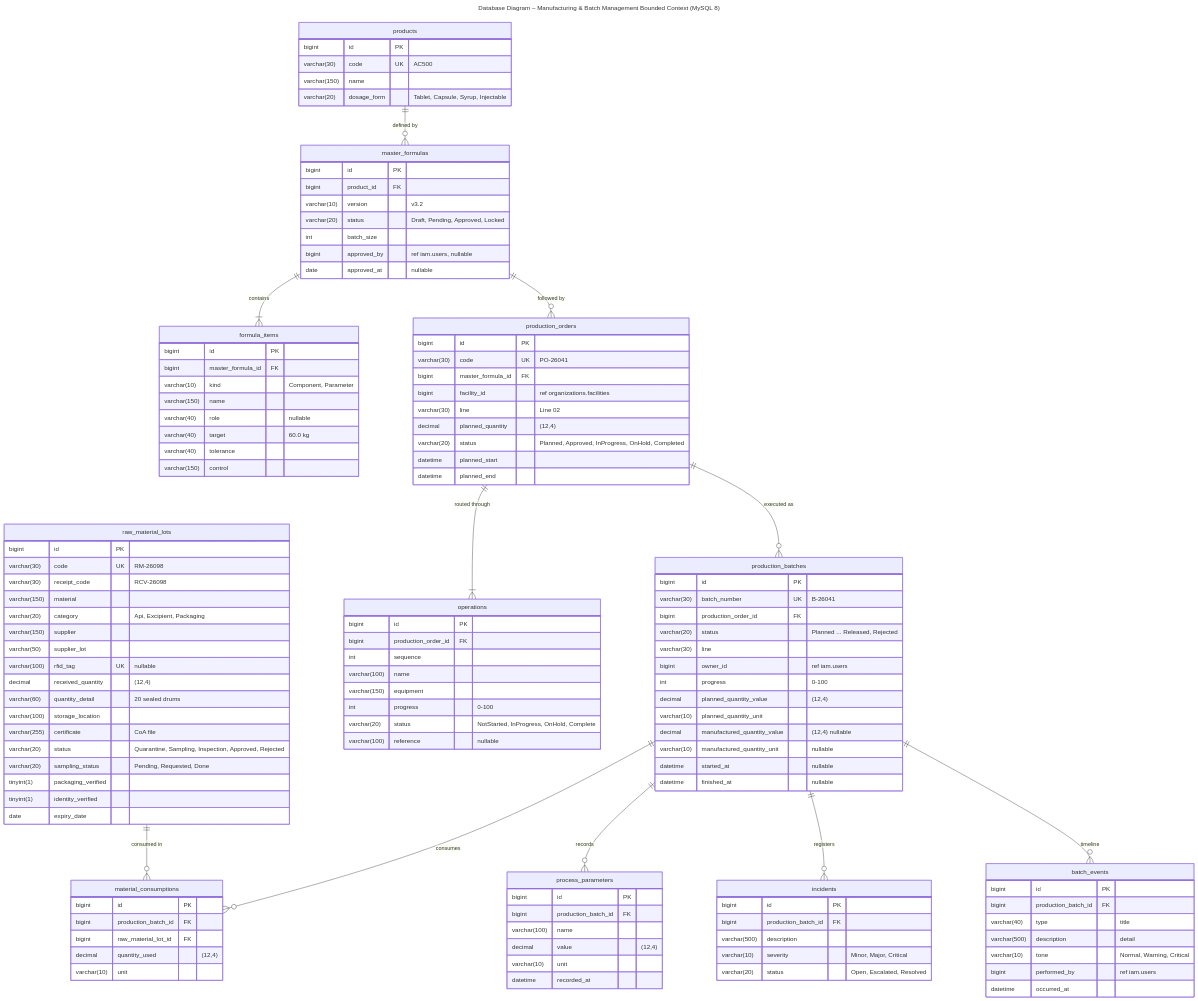
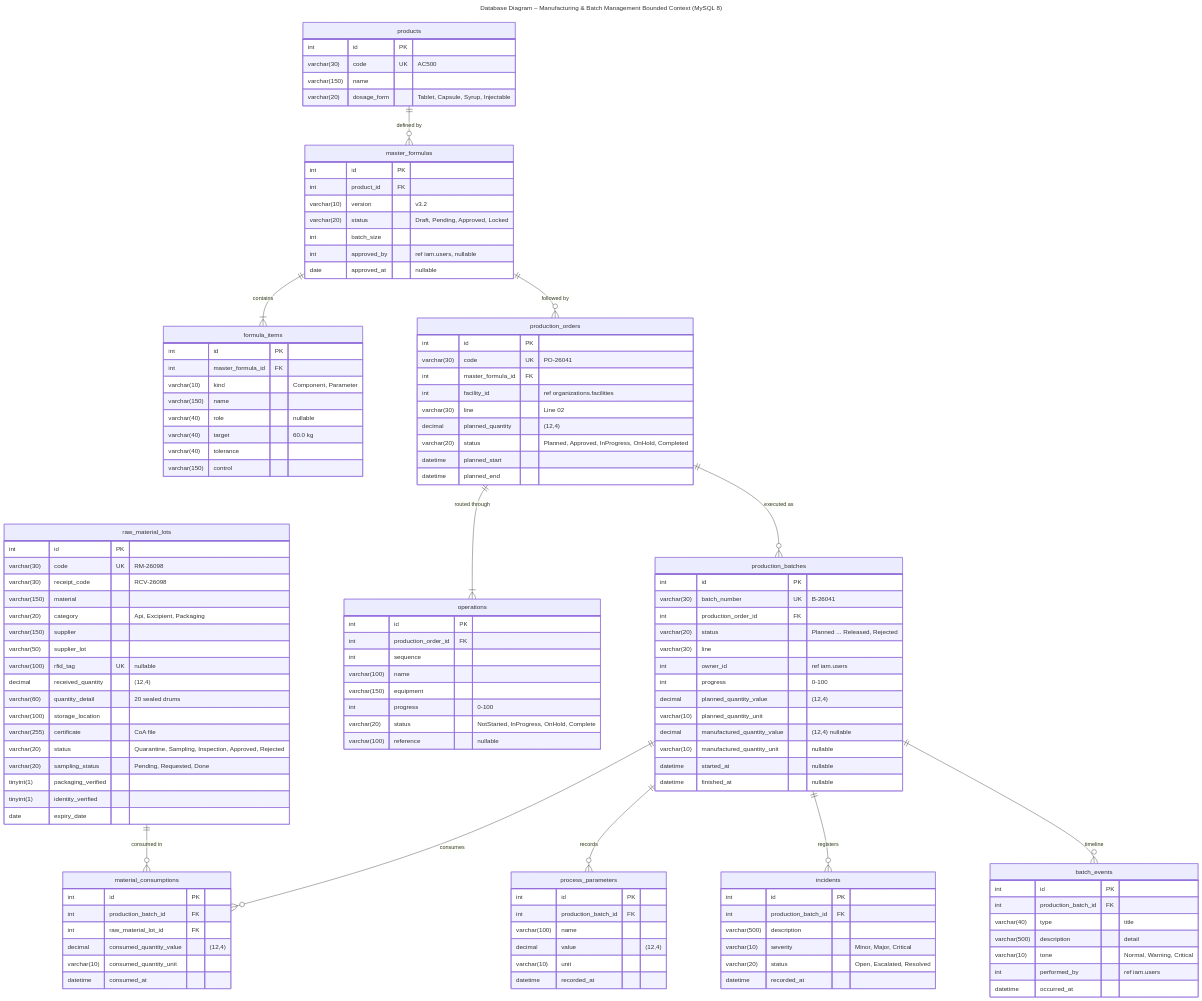
One commit to IngesCompanyCC/doofplus-report changed the diagram in assets/diagrams/mermaid/db-04-manufacturing.mmd. Above: the diagram before and after it, drawn with Mermaid. The commit also changed 24 other files, not shown here.

Commit message:
fix(diagrams): use int ids and add the manufacturing columns the backend already has

```diff
--- a/assets/diagrams/mermaid/db-04-manufacturing.mmd
+++ b/assets/diagrams/mermaid/db-04-manufacturing.mmd
@@ -1,125 +1,127 @@
 ---
 title: "Database Diagram – Manufacturing & Batch Management Bounded Context (MySQL 8)"
 ---
 erDiagram
   products {
-    bigint id PK
+    int id PK
     varchar(30) code UK "AC500"
     varchar(150) name
     varchar(20) dosage_form "Tablet, Capsule, Syrup, Injectable"
   }
   master_formulas {
-    bigint id PK
-    bigint product_id FK
+    int id PK
+    int product_id FK
     varchar(10) version "v3.2"
     varchar(20) status "Draft, Pending, Approved, Locked"
     int batch_size
-    bigint approved_by "ref iam.users, nullable"
+    int approved_by "ref iam.users, nullable"
     date approved_at "nullable"
   }
   formula_items {
-    bigint id PK
-    bigint master_formula_id FK
+    int id PK
+    int master_formula_id FK
     varchar(10) kind "Component, Parameter"
     varchar(150) name
     varchar(40) role "nullable"
     varchar(40) target "60.0 kg"
     varchar(40) tolerance
     varchar(150) control
   }
   raw_material_lots {
-    bigint id PK
+    int id PK
     varchar(30) code UK "RM-26098"
     varchar(30) receipt_code "RCV-26098"
     varchar(150) material
     varchar(20) category "Api, Excipient, Packaging"
     varchar(150) supplier
     varchar(50) supplier_lot
     varchar(100) rfid_tag UK "nullable"
     decimal received_quantity "(12,4)"
     varchar(60) quantity_detail "20 sealed drums"
     varchar(100) storage_location
     varchar(255) certificate "CoA file"
     varchar(20) status "Quarantine, Sampling, Inspection, Approved, Rejected"
     varchar(20) sampling_status "Pending, Requested, Done"
     tinyint(1) packaging_verified
     tinyint(1) identity_verified
     date expiry_date
   }
   production_orders {
-    bigint id PK
+    int id PK
     varchar(30) code UK "PO-26041"
-    bigint master_formula_id FK
-    bigint facility_id "ref organizations.facilities"
+    int master_formula_id FK
+    int facility_id "ref organizations.facilities"
     varchar(30) line "Line 02"
     decimal planned_quantity "(12,4)"
     varchar(20) status "Planned, Approved, InProgress, OnHold, Completed"
     datetime planned_start
     datetime planned_end
   }
   operations {
-    bigint id PK
-    bigint production_order_id FK
+    int id PK
+    int production_order_id FK
     int sequence
     varchar(100) name
     varchar(150) equipment
     int progress "0-100"
     varchar(20) status "NotStarted, InProgress, OnHold, Complete"
     varchar(100) reference "nullable"
   }
   production_batches {
-    bigint id PK
+    int id PK
     varchar(30) batch_number UK "B-26041"
-    bigint production_order_id FK
+    int production_order_id FK
     varchar(20) status "Planned ... Released, Rejected"
     varchar(30) line
-    bigint owner_id "ref iam.users"
+    int owner_id "ref iam.users"
     int progress "0-100"
     decimal planned_quantity_value "(12,4)"
     varchar(10) planned_quantity_unit
     decimal manufactured_quantity_value "(12,4) nullable"
     varchar(10) manufactured_quantity_unit "nullable"
     datetime started_at "nullable"
     datetime finished_at "nullable"
   }
   material_consumptions {
-    bigint id PK
-    bigint production_batch_id FK
-    bigint raw_material_lot_id FK
-    decimal quantity_used "(12,4)"
-    varchar(10) unit
+    int id PK
+    int production_batch_id FK
+    int raw_material_lot_id FK
+    decimal consumed_quantity_value "(12,4)"
+    varchar(10) consumed_quantity_unit
+    datetime consumed_at
   }
   process_parameters {
-    bigint id PK
-    bigint production_batch_id FK
+    int id PK
+    int production_batch_id FK
     varchar(100) name
     decimal value "(12,4)"
     varchar(10) unit
     datetime recorded_at
   }
   incidents {
-    bigint id PK
-    bigint production_batch_id FK
+    int id PK
+    int production_batch_id FK
     varchar(500) description
     varchar(10) severity "Minor, Major, Critical"
     varchar(20) status "Open, Escalated, Resolved"
+    datetime recorded_at
   }
   batch_events {
-    bigint id PK
-    bigint production_batch_id FK
+    int id PK
+    int production_batch_id FK
     varchar(40) type "title"
     varchar(500) description "detail"
     varchar(10) tone "Normal, Warning, Critical"
-    bigint performed_by "ref iam.users"
+    int performed_by "ref iam.users"
     datetime occurred_at
   }
   products ||--o{ master_formulas : "defined by"
   master_formulas ||--|{ formula_items : "contains"
   master_formulas ||--o{ production_orders : "followed by"
   production_orders ||--|{ operations : "routed through"
   production_orders ||--o{ production_batches : "executed as"
   production_batches ||--o{ material_consumptions : "consumes"
   raw_material_lots ||--o{ material_consumptions : "consumed in"
   production_batches ||--o{ process_parameters : "records"
   production_batches ||--o{ incidents : "registers"
   production_batches ||--o{ batch_events : "timeline"
```
